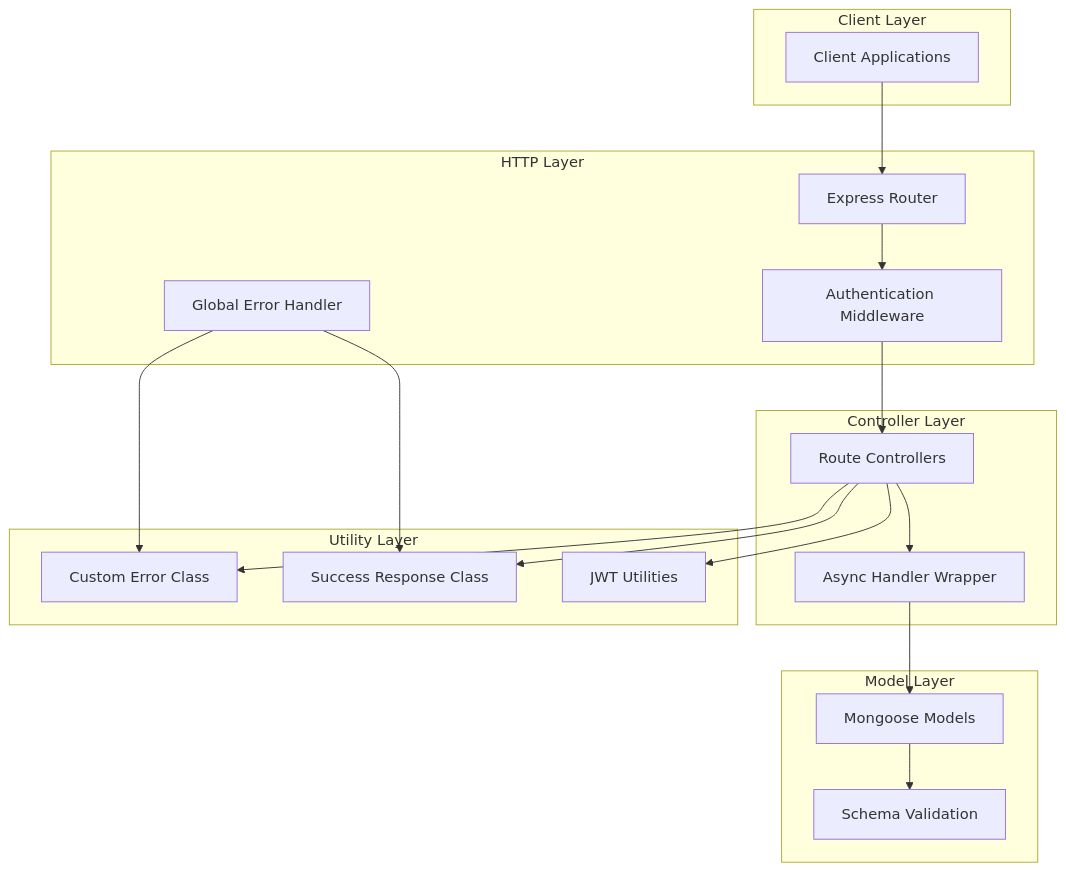
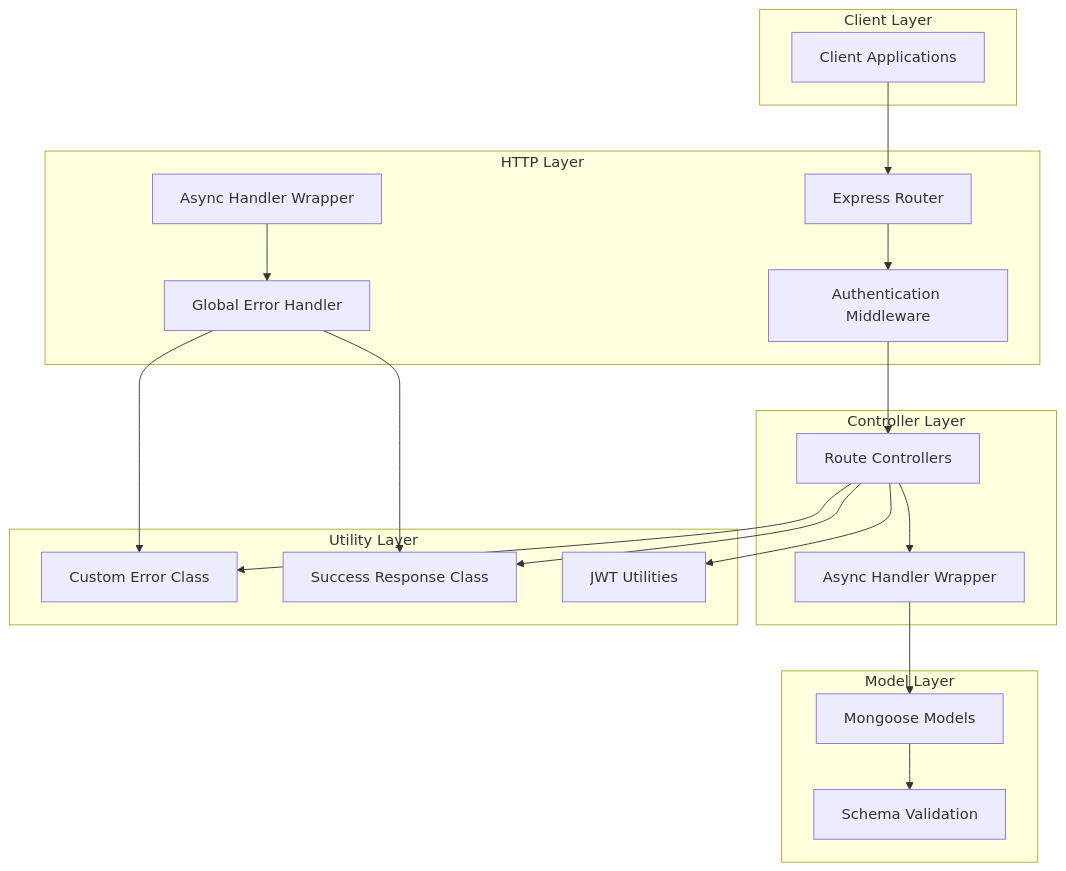
One commit to Aryan9060/Timetable-Project changed the first of 14 diagrams in .qoder/repowiki/en/content/Enhanced Error Handling System.md. Above: the diagram before and after it, drawn with Mermaid. The commit also changed other lines of this file and 21 other files, not shown here.

````diff
--- a/.qoder/repowiki/en/content/Enhanced Error Handling System.md
+++ b/.qoder/repowiki/en/content/Enhanced Error Handling System.md
@@ -48,35 +57,37 @@
 ```mermaid
 graph TB
 subgraph "Client Layer"
 Client[Client Applications]
 end
 subgraph "HTTP Layer"
 Router[Express Router]
 AuthMW[Authentication Middleware]
 ErrorMW[Global Error Handler]
+AsyncMW[Async Handler Wrapper]
 end
 subgraph "Controller Layer"
 Controllers[Route Controllers]
 AsyncHandler[Async Handler Wrapper]
 end
 subgraph "Model Layer"
 Models[Mongoose Models]
 Validation[Schema Validation]
 end
 subgraph "Utility Layer"
 ApiError[Custom Error Class]
 ApiResponse[Success Response Class]
 TokenUtils[JWT Utilities]
 end
 Client --> Router
 Router --> AuthMW
 AuthMW --> Controllers
 Controllers --> AsyncHandler
 AsyncHandler --> Models
 Models --> Validation
 Controllers --> ApiError
 Controllers --> ApiResponse
 Controllers --> TokenUtils
 ErrorMW --> ApiError
 ErrorMW --> ApiResponse
+AsyncMW --> ErrorMW
 ```
````
